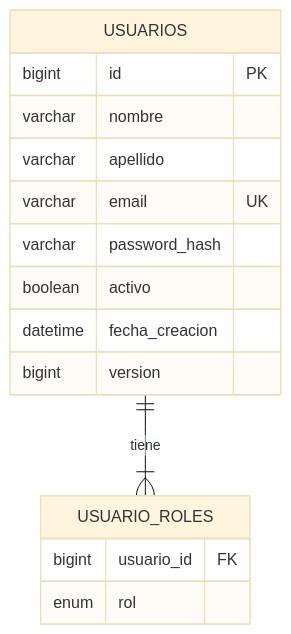
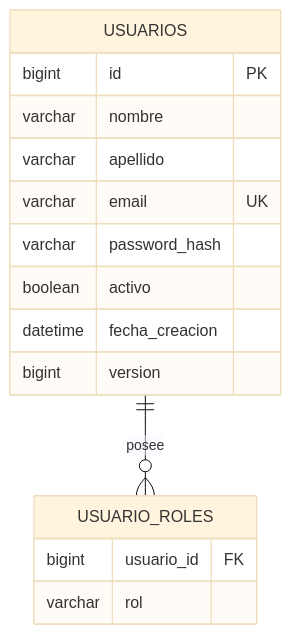
The diagram in TPE-micro2/msvc-usuarios/docs/02-ARQUITECTURA.md (LuliDiNucci/arquitecturasGrupo12), drawn with Mermaid (base theme) before and after one commit. The commit also changed other lines of this file and 294 other files, not shown here.

````diff
--- a/TPE-micro2/msvc-usuarios/docs/02-ARQUITECTURA.md
+++ b/TPE-micro2/msvc-usuarios/docs/02-ARQUITECTURA.md
@@ -31,18 +28,20 @@
-~~~mermaid
+```mermaid
 erDiagram
-    USUARIOS ||--|{ USUARIO_ROLES : tiene
+    USUARIOS ||--o{ USUARIO_ROLES : posee
+
     USUARIOS {
         bigint id PK
         varchar nombre
         varchar apellido
         varchar email UK
         varchar password_hash
         boolean activo
         datetime fecha_creacion
         bigint version
     }
+
     USUARIO_ROLES {
         bigint usuario_id FK
-        enum rol
+        varchar rol
     }
-~~~
+```
````
